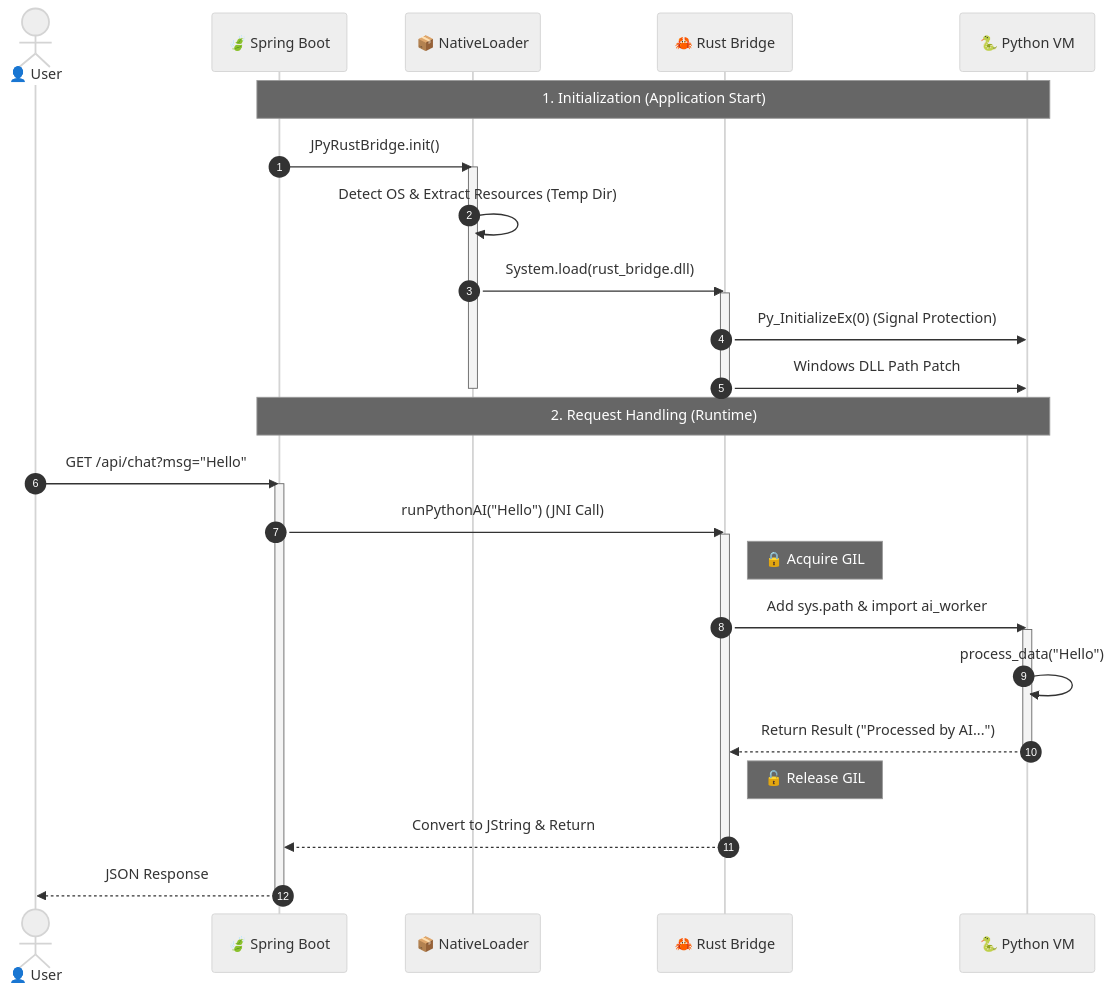
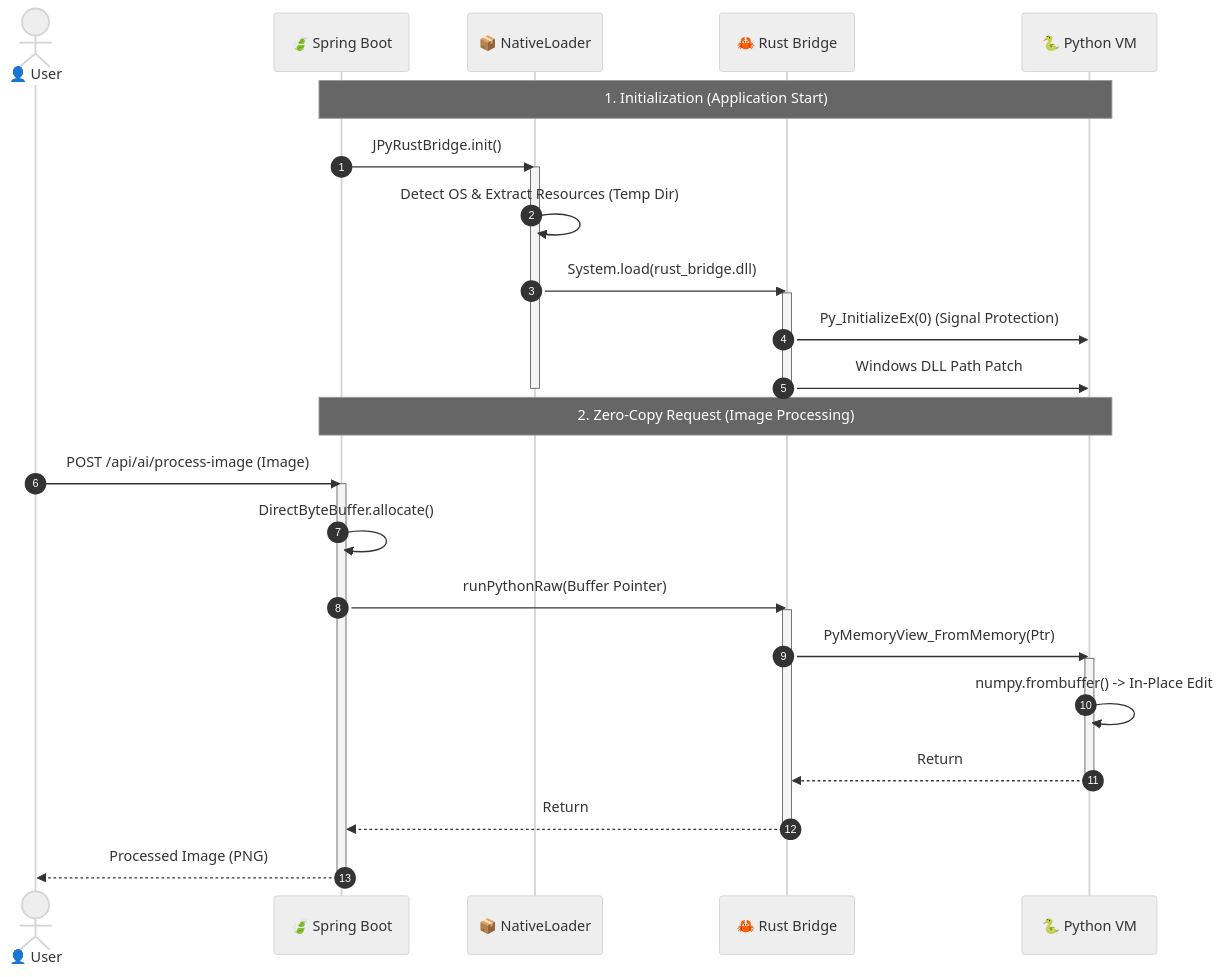
Before and after one commit to farmer0010/JPyRust: the second of 2 diagrams in README.md, drawn with Mermaid (neutral theme). The commit also changed other lines of this file and 1 other file, not shown here.

Commit message:
docs: Update README.md and README_KR.md with Zero-Copy, Automation, and Demo details

````diff
--- a/README.md
+++ b/README.md
@@ -80,37 +89,36 @@
 ```mermaid
 sequenceDiagram
     autonumber
     actor User as 👤 User
     participant Boot as 🍃 Spring Boot
     participant Loader as 📦 NativeLoader
     participant Rust as 🦀 Rust Bridge
     participant Py as 🐍 Python VM
 %% Initialization Phase
 Note over Boot, Py: 1. Initialization (Application Start)
 Boot->>Loader: JPyRustBridge.init()
 activate Loader
 Loader->>Loader: Detect OS & Extract Resources (Temp Dir)
 Loader->>Rust: System.load(rust_bridge.dll)
 activate Rust
 Rust->>Py: Py_InitializeEx(0) (Signal Protection)
 Rust->>Py: Windows DLL Path Patch
 deactivate Rust
 deactivate Loader
-%% Execution Phase
-Note over Boot, Py: 2. Request Handling (Runtime)
-User->>Boot: GET /api/chat?msg="Hello"
+%% Execution Phase (Zero-Copy)
+Note over Boot, Py: 2. Zero-Copy Request (Image Processing)
+User->>Boot: POST /api/ai/process-image (Image)
 activate Boot
-Boot->>Rust: runPythonAI("Hello") (JNI Call)
+Boot->>Boot: DirectByteBuffer.allocate()
+Boot->>Rust: runPythonRaw(Buffer Pointer)
 activate Rust
-Note right of Rust: 🔒 Acquire GIL
-Rust->>Py: Add sys.path & import ai_worker
+Rust->>Py: PyMemoryView_FromMemory(Ptr)
 activate Py
-Py->>Py: process_data("Hello")
-Py-->>Rust: Return Result ("Processed by AI...")
+Py->>Py: numpy.frombuffer() -> In-Place Edit
+Py-->>Rust: Return
 deactivate Py
-Note right of Rust: 🔓 Release GIL
-Rust-->>Boot: Convert to JString & Return
+Rust-->>Boot: Return
 deactivate Rust
-Boot-->>User: JSON Response
+Boot-->>User: Processed Image (PNG)
 deactivate Boot
 ```
````
